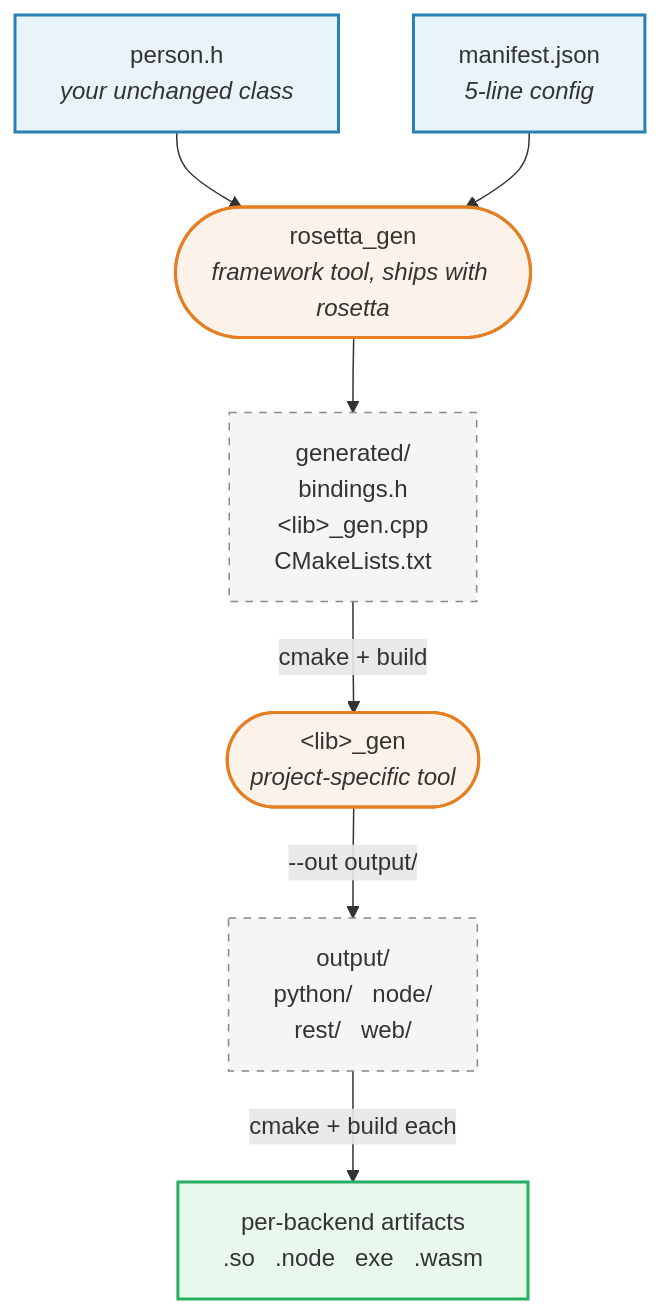
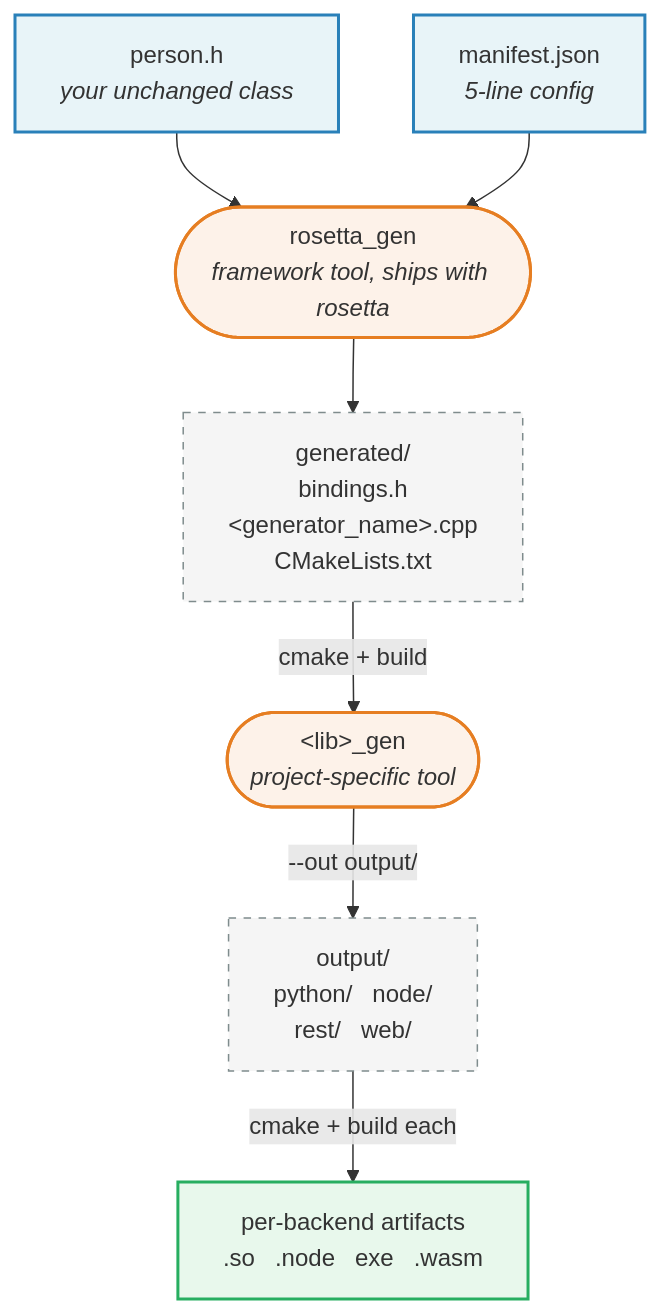
One commit to xaliphostes/rosetta changed the diagram in docs/QUICKSTART.md. Above: the diagram before and after it, drawn with Mermaid. The commit also changed other lines of this file and 33 other files, not shown here.

````diff
--- a/docs/QUICKSTART.md
+++ b/docs/QUICKSTART.md
@@ -11,23 +11,23 @@
 ```mermaid
 flowchart TD
     H["person.h<br/><i>your unchanged class</i>"]:::user
     M["manifest.json<br/><i>5-line config</i>"]:::user
 
     H --> R
     M --> R
 
     R(["rosetta_gen<br/><i>framework tool, ships with rosetta</i>"]):::tool
 
-    R --> G["generated/<br/>bindings.h<br/>&lt;lib&gt;_gen.cpp<br/>CMakeLists.txt"]:::gen
+    R --> G["generated/<br/>bindings.h<br/>&lt;generator_name&gt;.cpp<br/>CMakeLists.txt"]:::gen
 
     G -->|"cmake + build"| L(["&lt;lib&gt;_gen<br/><i>project-specific tool</i>"]):::tool
 
     L -->|"--out output/"| O["output/<br/>python/ &nbsp; node/<br/>rest/ &nbsp; web/"]:::gen
 
     O -->|"cmake + build each"| F["per-backend artifacts<br/>.so &nbsp; .node &nbsp; exe &nbsp; .wasm"]:::final
 
     classDef user  fill:#e8f4f8,stroke:#2980b9,stroke-width:2px
     classDef tool  fill:#fdf2e9,stroke:#e67e22,stroke-width:2px
     classDef gen   fill:#f5f5f5,stroke:#7f8c8d,stroke-dasharray:5 5
     classDef final fill:#e8f8ec,stroke:#27ae60,stroke-width:2px
 ```
````
